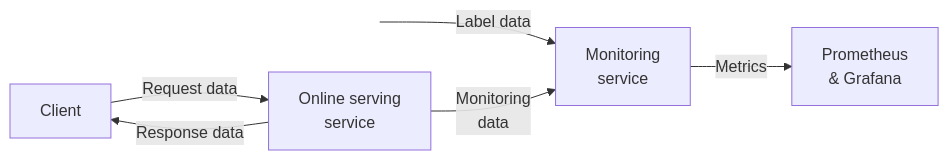
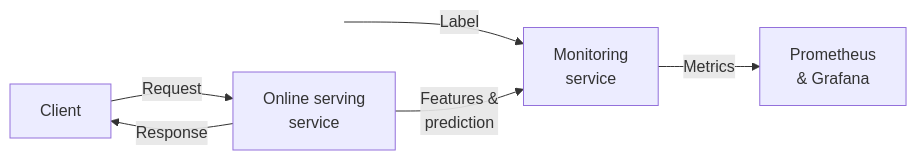
One commit to MLOpsVN/courses.mlops.vn changed the second of 2 diagrams in docs/mlops-crash-course/monitoring/monitoring-service.md. Above: the diagram before and after it, drawn with Mermaid. The commit also changed other lines of this file and 1 other file, not shown here.

Commit message:
Refactor

````diff
--- a/docs/mlops-crash-course/monitoring/monitoring-service.md
+++ b/docs/mlops-crash-course/monitoring/monitoring-service.md
@@ -327,8 +327,8 @@
 ```mermaid
     flowchart LR
-        n01[ ] --Label data--> n2
-        n0[Client] --Request data--> n1[Online serving<br>service] --Monitoring<br>data--> n2[Monitoring<br>service] --Metrics--> n3[Prometheus<br>& Grafana]
-        n1 --Response data--> n0
+        n01[ ] --Label--> n2
+        n0[Client] --Request--> n1[Online serving<br>service] --Features &<br>prediction--> n2[Monitoring<br>service] --Metrics--> n3[Prometheus<br>& Grafana]
+        n1 --Response--> n0
 
         style n01 height:0px;
 ```
````
